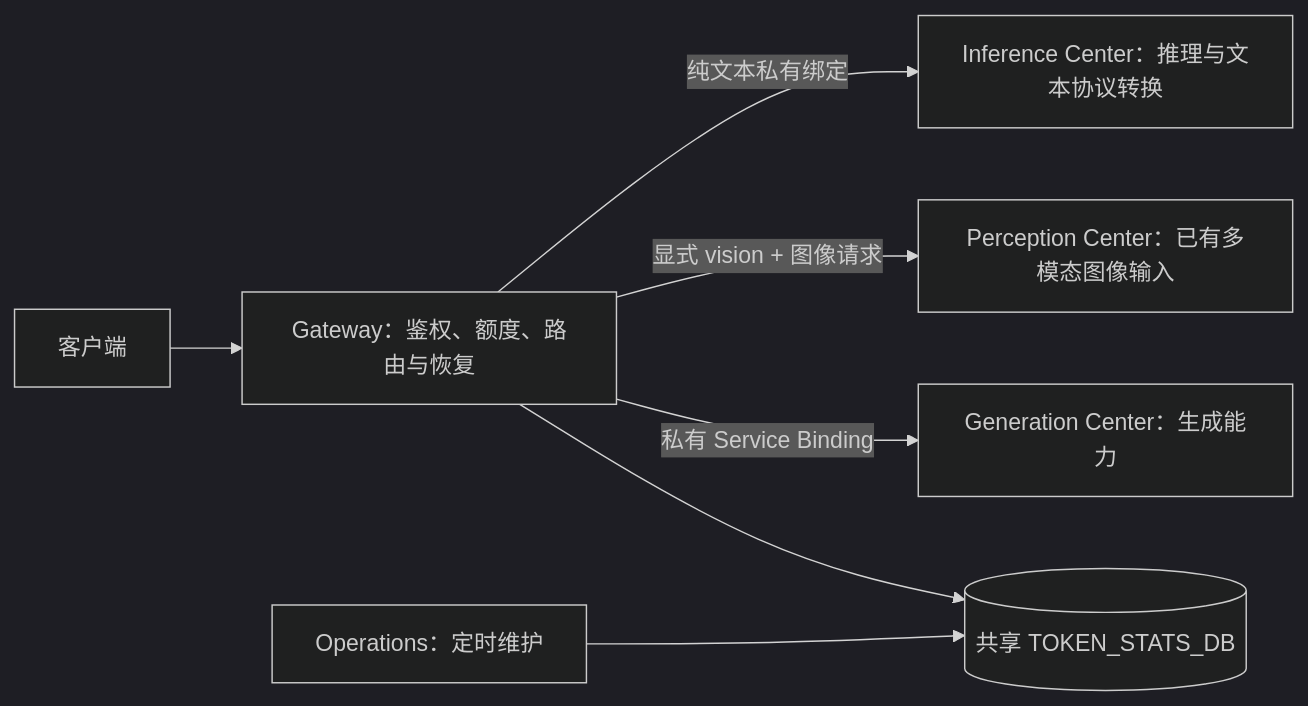
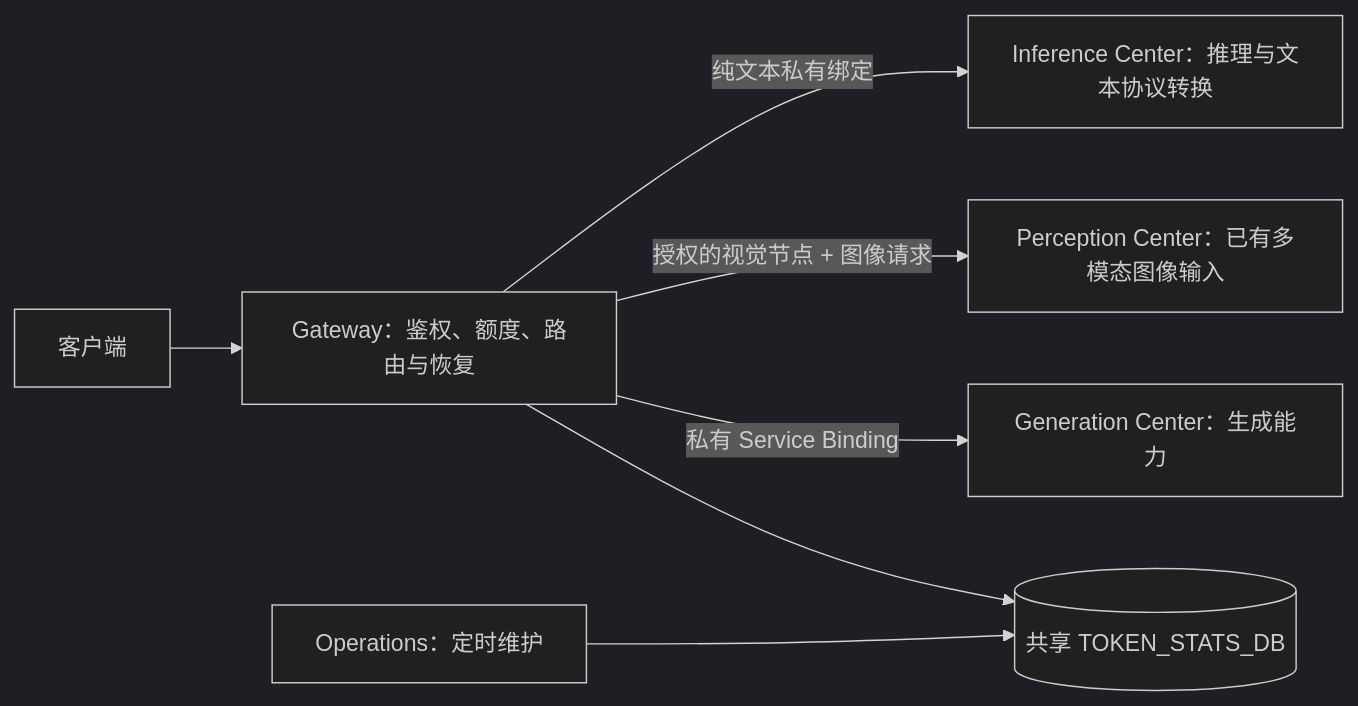
One commit to fongap-labs/ai-gateway changed the diagram in docs/architecture/edge-capability-boundaries.md. Above: the diagram before and after it, drawn with Mermaid (dark theme). The commit also changed other lines of this file and 7 other files, not shown here.

Commit message:
fix: restore cross-protocol image delegation to perception center (#492)

````diff
--- a/docs/architecture/edge-capability-boundaries.md
+++ b/docs/architecture/edge-capability-boundaries.md
@@ -19,9 +19,9 @@
 ```mermaid
 flowchart LR
     Client[客户端] --> Gateway[Gateway：鉴权、额度、路由与恢复]
     Gateway -->|纯文本私有绑定| Inference[Inference Center：推理与文本协议转换]
-    Gateway -->|显式 vision + 图像请求| Perception[Perception Center：已有多模态图像输入]
+    Gateway -->|授权的视觉节点 + 图像请求| Perception[Perception Center：已有多模态图像输入]
     Gateway -->|私有 Service Binding| Generation[Generation Center：生成能力]
     Gateway --> Stats[(共享 TOKEN_STATS_DB)]
     Operations[Operations：定时维护] --> Stats
 ```
````
